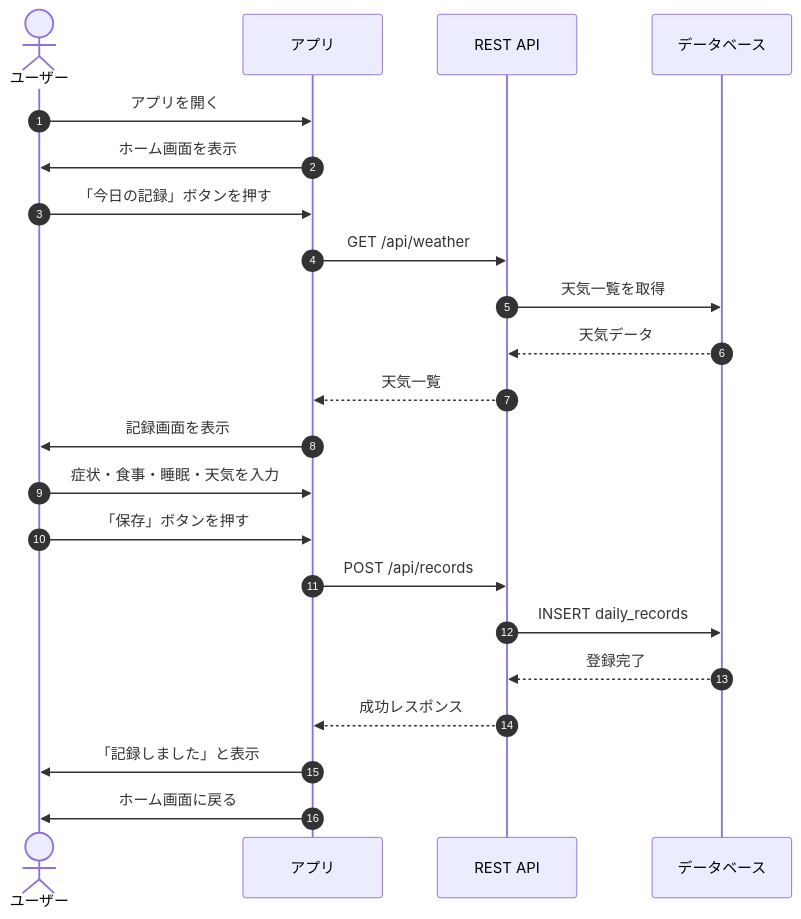
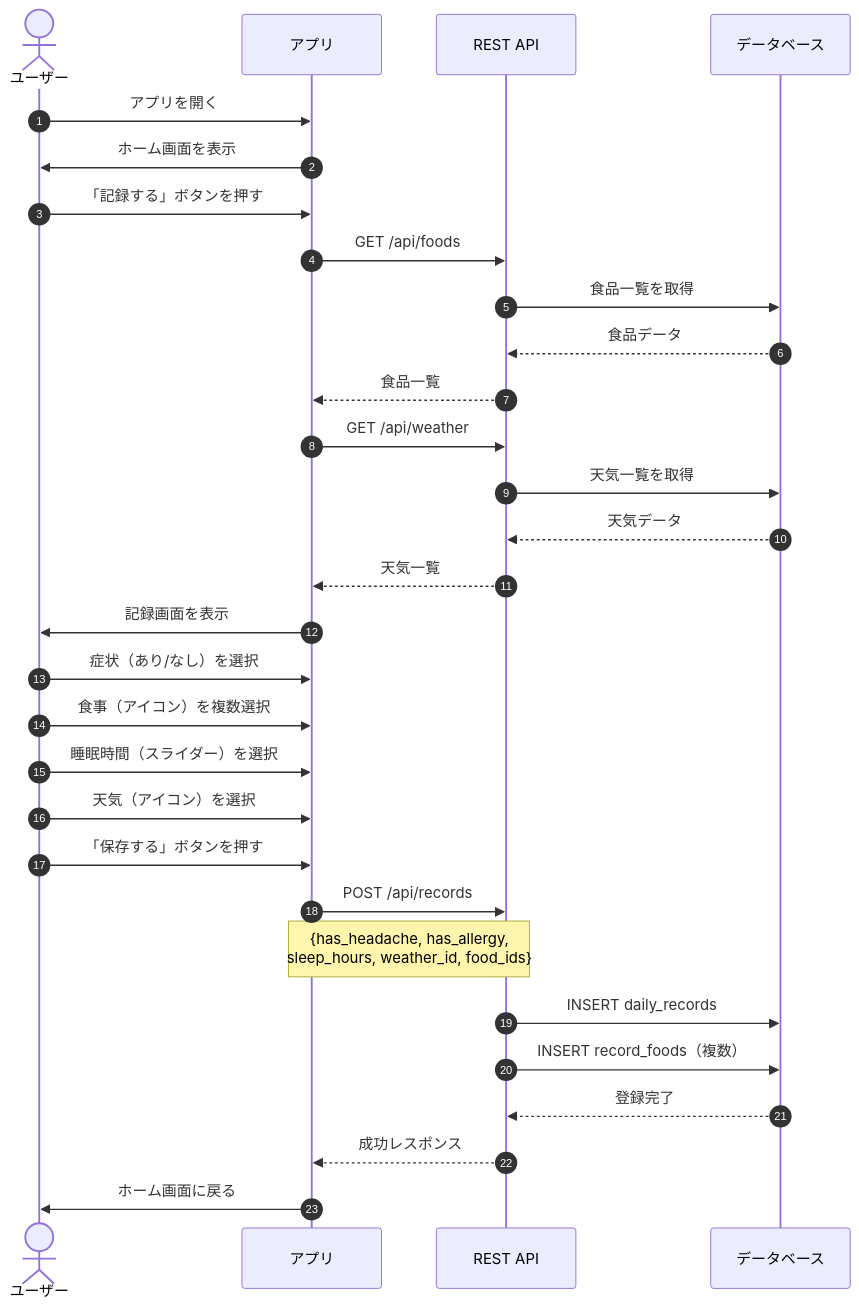
Before and after one commit to Syota622/TriggerSearch: the first of 11 diagrams in document/APP/sequence.md, drawn with Mermaid. The commit also changed other lines of this file and 3 other files, not shown here.

````diff
--- a/document/APP/sequence.md
+++ b/document/APP/sequence.md
@@ -5,29 +9,37 @@
 ```mermaid
 sequenceDiagram
     autonumber
     actor User as ユーザー
     participant App as アプリ
     participant API as REST API
     participant DB as データベース
 
     User->>App: アプリを開く
     App->>User: ホーム画面を表示
     
-    User->>App: 「今日の記録」ボタンを押す
+    User->>App: 「記録する」ボタンを押す
+    App->>API: GET /api/foods
+    API->>DB: 食品一覧を取得
+    DB-->>API: 食品データ
+    API-->>App: 食品一覧
     App->>API: GET /api/weather
     API->>DB: 天気一覧を取得
     DB-->>API: 天気データ
     API-->>App: 天気一覧
     App->>User: 記録画面を表示
 
-    User->>App: 症状・食事・睡眠・天気を入力
-    User->>App: 「保存」ボタンを押す
+    User->>App: 症状（あり/なし）を選択
+    User->>App: 食事（アイコン）を複数選択
+    User->>App: 睡眠時間（スライダー）を選択
+    User->>App: 天気（アイコン）を選択
+    User->>App: 「保存する」ボタンを押す
     
     App->>API: POST /api/records
+    Note over App,API: {has_headache, has_allergy,<br/>sleep_hours, weather_id, food_ids}
     API->>DB: INSERT daily_records
+    API->>DB: INSERT record_foods（複数）
     DB-->>API: 登録完了
     API-->>App: 成功レスポンス
     
-    App->>User: 「記録しました」と表示
     App->>User: ホーム画面に戻る
 ```
````
